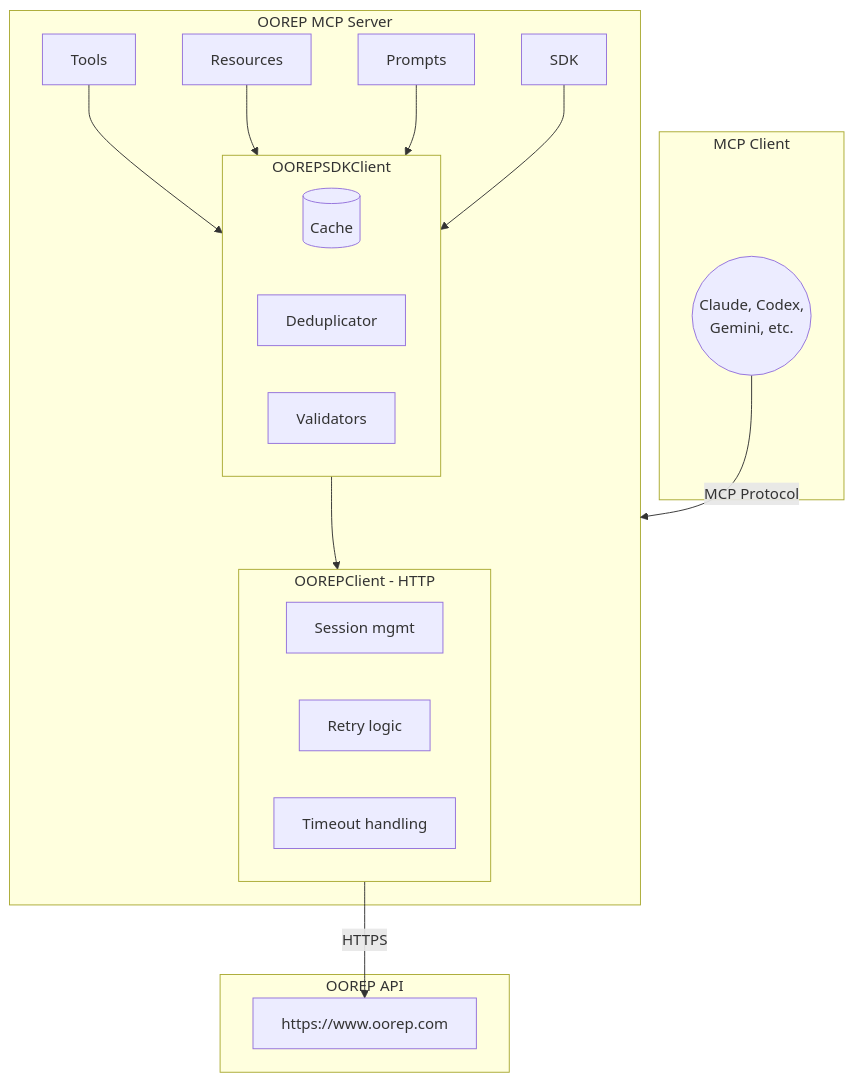
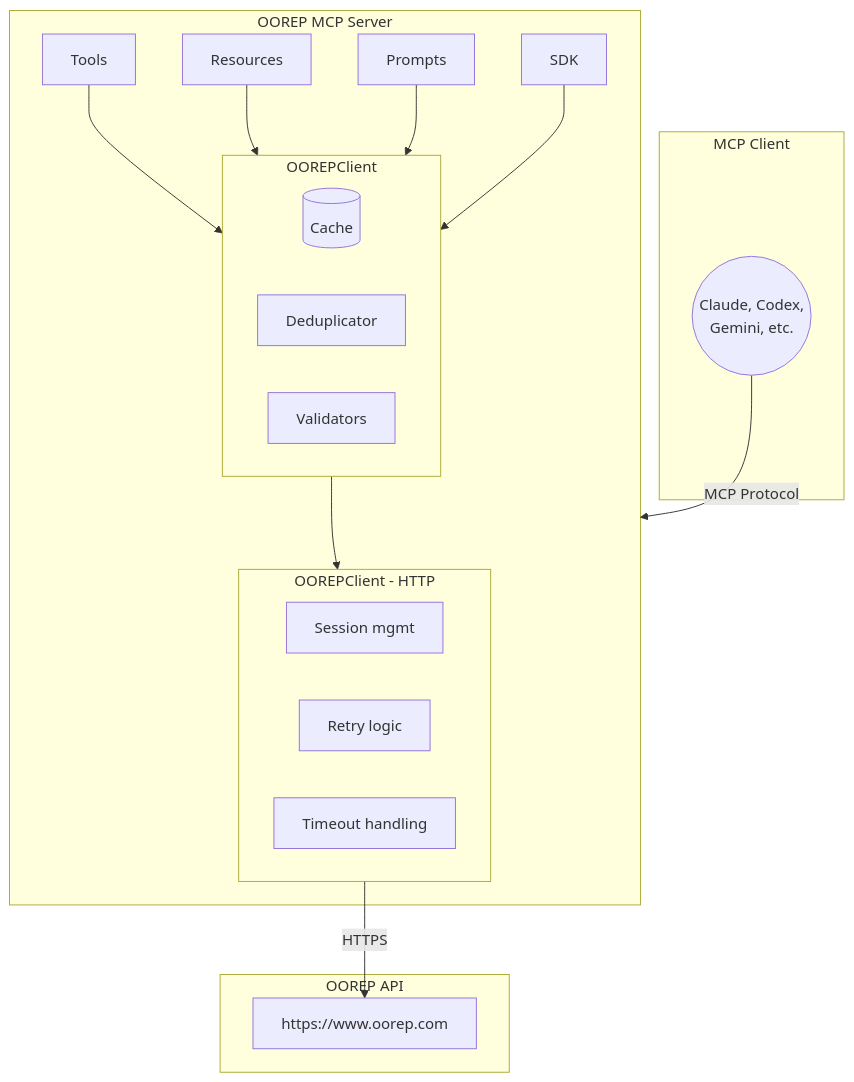
Before and after one commit to Dhi13man/oorep-mcp: the second of 2 diagrams in README.md, drawn with Mermaid. The commit also changed other lines of this file and 5 other files, not shown here.

````diff
--- a/README.md
+++ b/README.md
@@ -601,38 +601,38 @@
 ```mermaid
 graph TB
     subgraph Client[MCP Client]
         MCPClient((Claude, Codex,<br/>Gemini, etc.))
     end
 
     subgraph Server[OOREP MCP Server]
         Tools[Tools]
         Resources[Resources]
         Prompts[Prompts]
         SDK[SDK]
 
-        subgraph SDKClient[OOREPSDKClient]
+        subgraph SDKClient[OOREPClient]
             Cache[(Cache)]
             Dedup[Deduplicator]
             Validators[Validators]
         end
 
         subgraph HTTPClient[OOREPClient - HTTP]
             Session[Session mgmt]
             Retry[Retry logic]
             Timeout[Timeout handling]
         end
 
         Tools --> SDKClient
         Resources --> SDKClient
         Prompts --> SDKClient
         SDK --> SDKClient
         SDKClient --> HTTPClient
     end
 
     subgraph External[OOREP API]
         API[https://www.oorep.com]
     end
 
     MCPClient -->|MCP Protocol| Server
     HTTPClient -->|HTTPS| API
 ```
````
